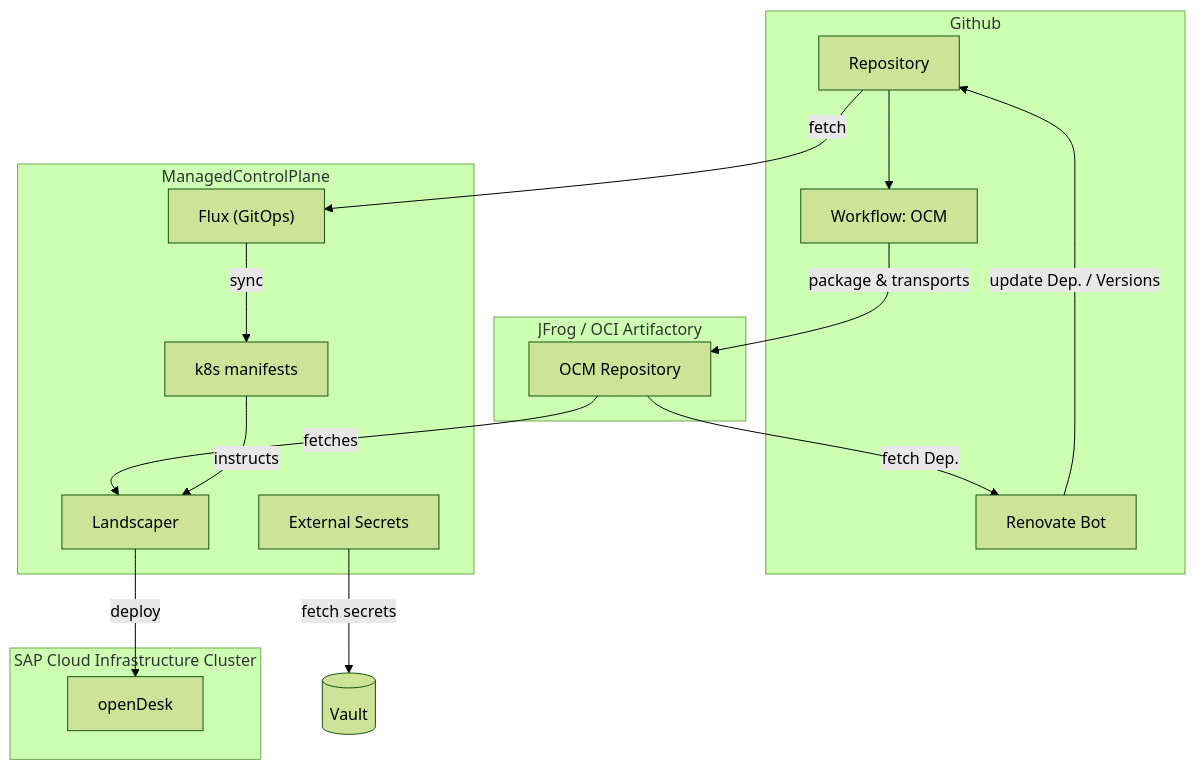
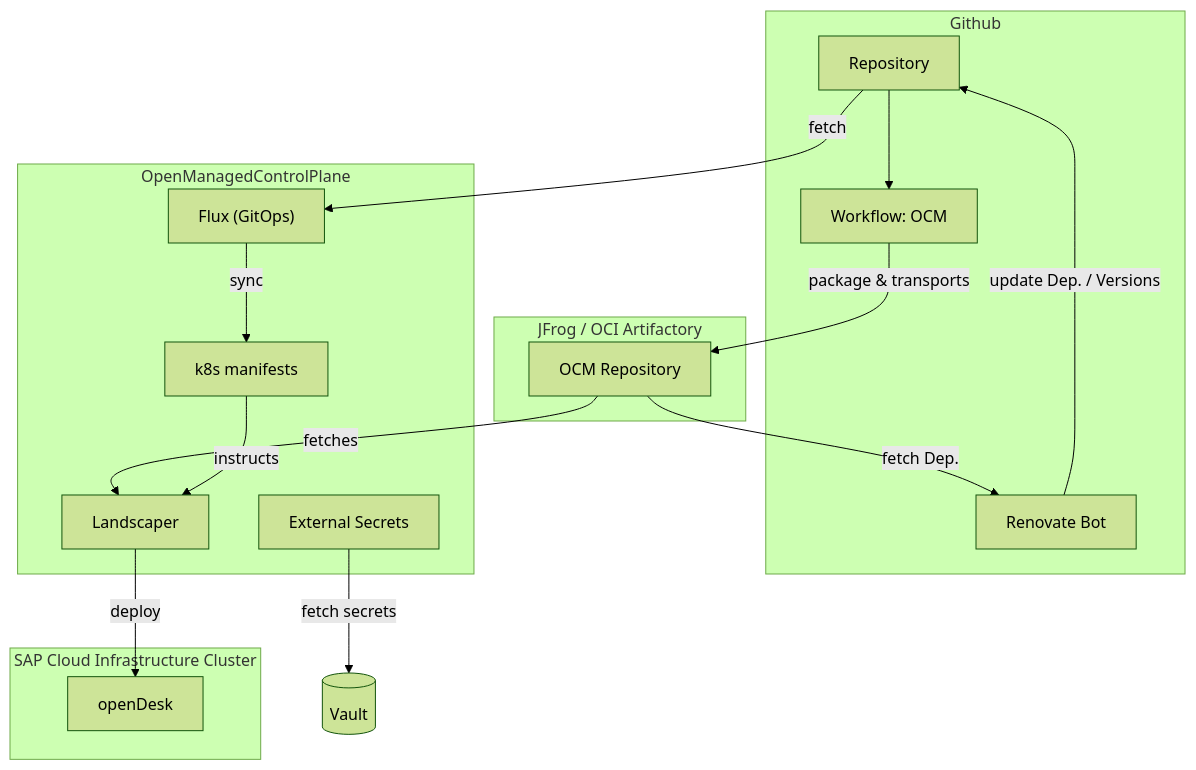
One commit to platform-mesh/samples-opendesk-ocm-landscaper changed the second of 4 diagrams in README.md. Above: the diagram before and after it, drawn with Mermaid (forest theme). The commit also changed other lines of this file, not shown here.

Commit message:
feat: OpenSourcing WIP

````diff
--- a/README.md
+++ b/README.md
@@ -128,38 +128,38 @@
 ```mermaid
 flowchart TB
     subgraph Github["Github"]
         Github_Stack["Repository"]   
         Renovate_Stack["Renovate Bot"]     
         Github_Workflow["Workflow: OCM"]
     end
 
     subgraph Hyperspace["JFrog / OCI Artifactory"]
         JFrog["OCM Repository"]
     end
     
-    subgraph MCP["`ManagedControlPlane`"]
+    subgraph MCP["`OpenManagedControlPlane`"]
         Flux["Flux (GitOps)"]
         Landscaper["Landscaper"]
         ExtSecrets["External Secrets"]
         Manifests["k8s manifests"]
     end
     
     subgraph GardenerShoot["SAP Cloud Infrastructure Cluster"]
         Shoot["openDesk"]
     end
 
     Github_Stack --> Github_Workflow
     Github_Workflow --> | package & transports | JFrog
     JFrog --> | fetch Dep. | Renovate_Stack
     Renovate_Stack --> | update Dep. / Versions | Github_Stack
     JFrog --> | fetches | Landscaper
     
     Flux --> |sync| Manifests
     Github_Stack --> |fetch| Flux
     
     Landscaper --> |deploy| Shoot
     Manifests --> |instructs| Landscaper
     ExtSecrets --> |fetch secrets| Vault[(Vault)]
 
 
 ```
````
